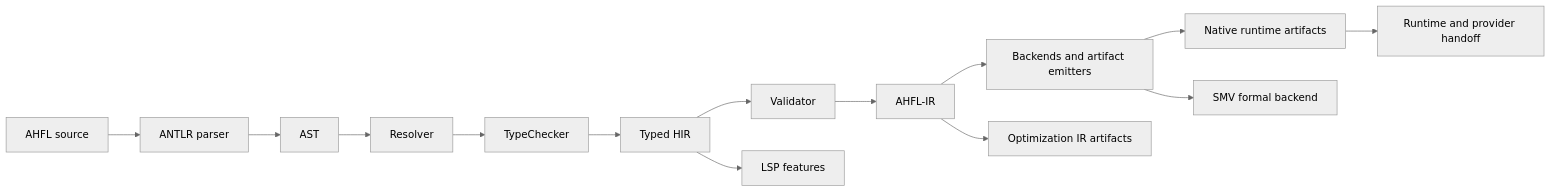
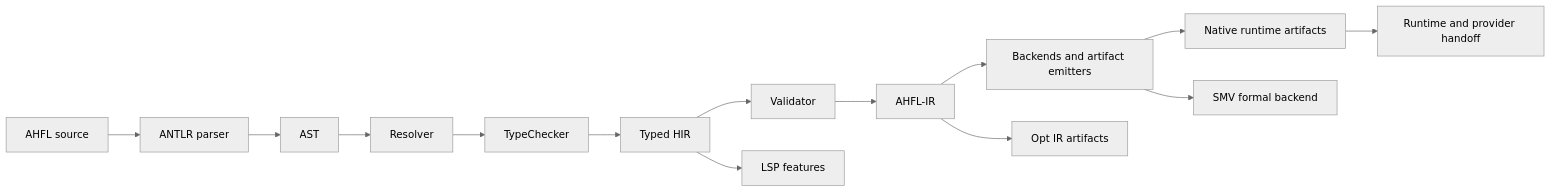
Before and after one commit to Zzzode/AHFL: the diagram in README.md, drawn with Mermaid (neutral theme). The commit also changed 9 other files, not shown here.

````diff
--- a/README.md
+++ b/README.md
@@ -139,16 +139,16 @@
 ```mermaid
 flowchart LR
     Source[AHFL source] --> Parse[ANTLR parser]
     Parse --> AST[AST]
     AST --> Resolve[Resolver]
     Resolve --> Typecheck[TypeChecker]
     Typecheck --> TypedHIR[Typed HIR]
     TypedHIR --> Validate[Validator]
     Validate --> IR[AHFL-IR]
     IR --> Backends[Backends and artifact emitters]
-    IR --> OptIR[Optimization IR artifacts]
+    IR --> OptIR[Opt IR artifacts]
     Backends --> Native[Native runtime artifacts]
     Backends --> Formal[SMV formal backend]
     Native --> Runtime[Runtime and provider handoff]
     TypedHIR --> LSP[LSP features]
 ```
````
